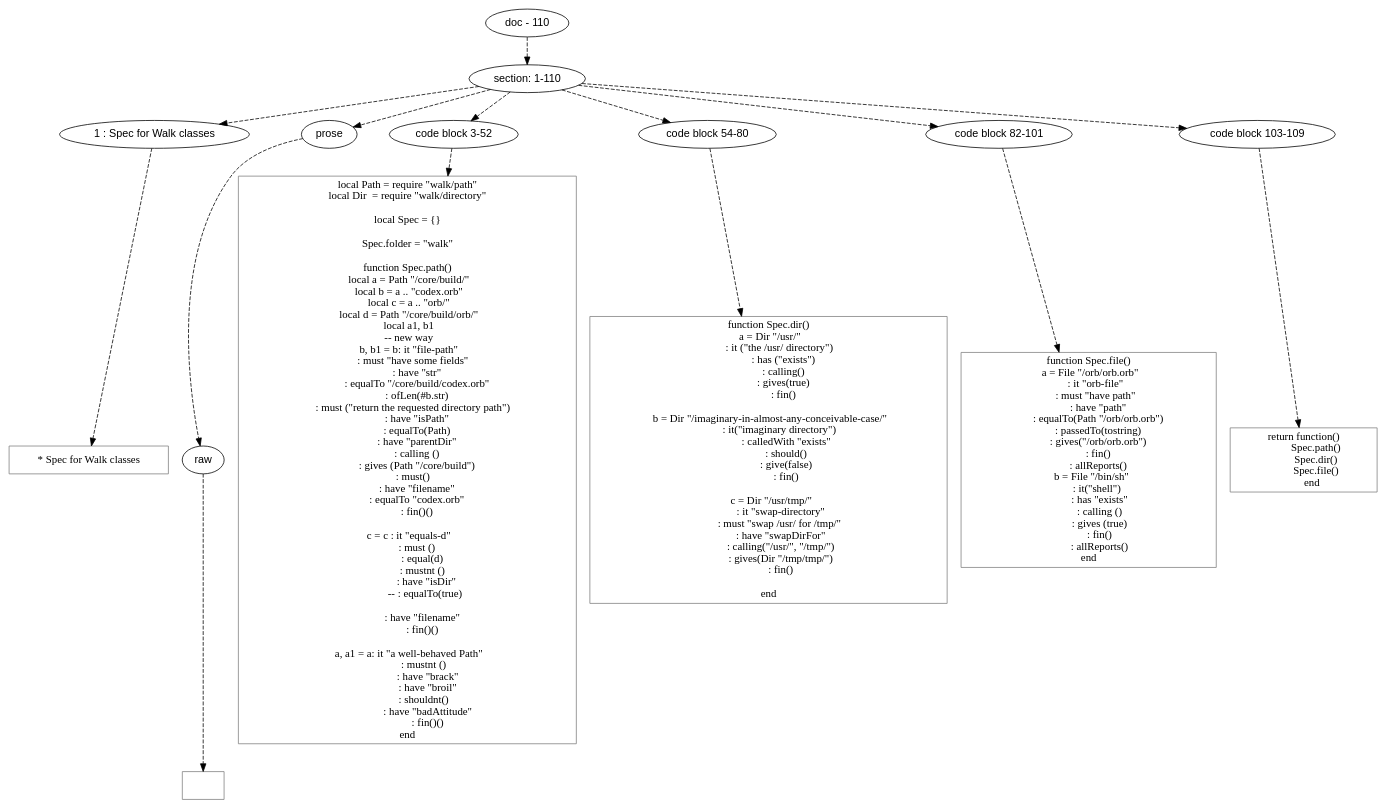
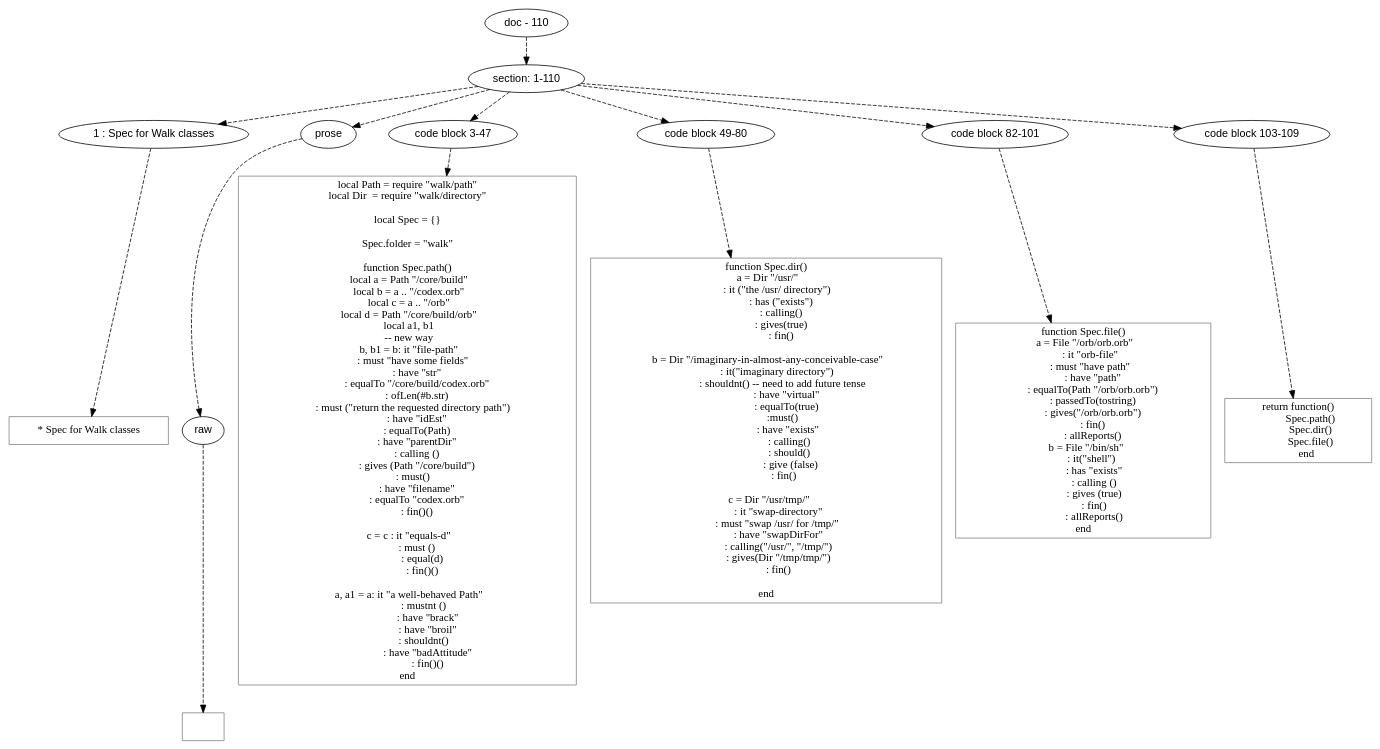
The diagram in doc/dot/spec/walk-spec.dot (mnemnion/orb), drawn with Graphviz before and after one commit. The commit also changed 9 other files, not shown here.

```diff
--- a/doc/dot/spec/walk-spec.dot
+++ b/doc/dot/spec/walk-spec.dot
@@ -1,161 +1,161 @@
 digraph lpegNode {
 
 node [fontname=Helvetica]
 edge [style=dashed]
 
 doc_0 [label="doc - 110"]
 
 
 doc_0 -> { section_1}
 {rank=same; section_1}
 
 section_1 [label="section: 1-110"]
 
 
 // END RANK doc_0
 
 section_1 -> { header_2 prose_3 codeblock_4 codeblock_5 codeblock_6 codeblock_7}
 {rank=same; header_2 prose_3 codeblock_4 codeblock_5 codeblock_6 codeblock_7}
 
 header_2 [label="1 : Spec for Walk classes"]
 
 prose_3 [label="prose"]
 
-codeblock_4 [label="code block 3-52"]
+codeblock_4 [label="code block 3-47"]
 
-codeblock_5 [label="code block 54-80"]
+codeblock_5 [label="code block 49-80"]
 
 codeblock_6 [label="code block 82-101"]
 
 codeblock_7 [label="code block 103-109"]
 
 
 // END RANK section_1
 
 header_2 -> leaf_8
 leaf_8  [color=Gray,shape=rectangle,fontname=Inconsolata,label="* Spec for Walk classes"]
 // END RANK header_2
 
 prose_3 -> { raw_9}
 {rank=same; raw_9}
 
 raw_9 [label="raw"]
 
 
 // END RANK prose_3
 
 raw_9 -> leaf_10
 leaf_10  [color=Gray,shape=rectangle,fontname=Inconsolata,label="
 "]
 // END RANK raw_9
 
 codeblock_4 -> leaf_11
 leaf_11  [color=Gray,shape=rectangle,fontname=Inconsolata,label="local Path = require \"walk/path\"
 local Dir  = require \"walk/directory\"
 
 local Spec = {}
 
 Spec.folder = \"walk\"
 
 function Spec.path()
-  local a = Path \"/core/build/\"
-  local b = a .. \"codex.orb\"
-  local c = a .. \"orb/\"
-  local d = Path \"/core/build/orb/\"
+  local a = Path \"/core/build\"
+  local b = a .. \"/codex.orb\"
+  local c = a .. \"/orb\"
+  local d = Path \"/core/build/orb\"
   local a1, b1
   -- new way
   b, b1 = b: it \"file-path\"
      : must \"have some fields\"
         : have \"str\"
         : equalTo \"/core/build/codex.orb\"
         : ofLen(#b.str)
      : must (\"return the requested directory path\")
-        : have \"isPath\"
+        : have \"idEst\"
         : equalTo(Path)
         : have \"parentDir\"
         : calling ()
         : gives (Path \"/core/build\")
      : must()
         : have \"filename\"
         : equalTo \"codex.orb\"
         : fin()()
 
   c = c : it \"equals-d\"
         : must ()
             : equal(d)
-            : mustnt ()
-               : have \"isDir\"
-              -- : equalTo(true)
-
-            : have \"filename\"
             : fin()()
 
   a, a1 = a: it \"a well-behaved Path\"
              : mustnt ()
                 : have \"brack\"
                 : have \"broil\"
              : shouldnt()
                 : have \"badAttitude\"
                 : fin()()
 end"]
 // END RANK codeblock_4
 
 codeblock_5 -> leaf_12
 leaf_12  [color=Gray,shape=rectangle,fontname=Inconsolata,label="function Spec.dir()
   a = Dir \"/usr/\"
          : it (\"the /usr/ directory\")
             : has (\"exists\")
             : calling()
             : gives(true)
             : fin()
 
-  b = Dir \"/imaginary-in-almost-any-conceivable-case/\"
+  b = Dir \"/imaginary-in-almost-any-conceivable-case\"
          : it(\"imaginary directory\")
-              : calledWith \"exists\"
-              : should()
-              : give(false)
+             : shouldnt() -- need to add future tense
+                : have \"virtual\"
+                : equalTo(true)
+             :must()
+                 : have \"exists\"
+                  : calling()
+                  : should()
+                   : give (false)
               : fin()
 
    c = Dir \"/usr/tmp/\"
           : it \"swap-directory\"
          : must \"swap /usr/ for /tmp/\"
           : have \"swapDirFor\"
           : calling(\"/usr/\", \"/tmp/\")
           : gives(Dir \"/tmp/tmp/\")
           : fin()
 
 end
 "]
 // END RANK codeblock_5
 
 codeblock_6 -> leaf_13
 leaf_13  [color=Gray,shape=rectangle,fontname=Inconsolata,label="function Spec.file()
   a = File \"/orb/orb.orb\"
       : it \"orb-file\"
       : must \"have path\"
         : have \"path\"
         : equalTo(Path \"/orb/orb.orb\")
         : passedTo(tostring)
         : gives(\"/orb/orb.orb\")
         : fin()
         : allReports()
    b = File \"/bin/sh\"
        : it(\"shell\")
          : has \"exists\"
          : calling ()
          : gives (true)
          : fin()
          : allReports()
 end"]
 // END RANK codeblock_6
 
 codeblock_7 -> leaf_14
 leaf_14  [color=Gray,shape=rectangle,fontname=Inconsolata,label="return function()
           Spec.path()
           Spec.dir()
           Spec.file()
        end"]
 // END RANK codeblock_7
 
 
 }
```
